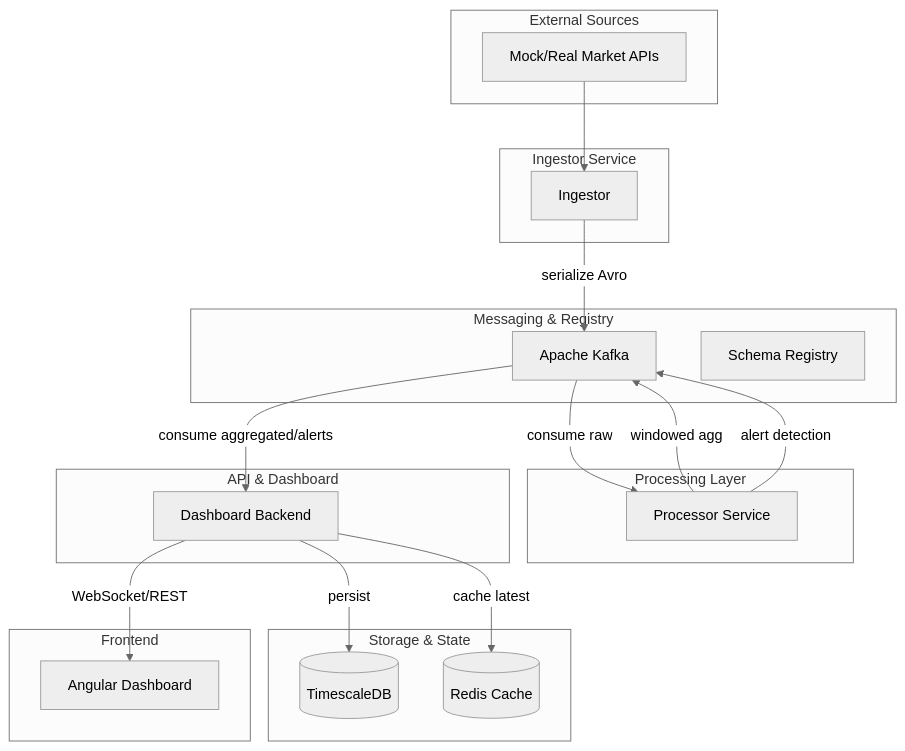
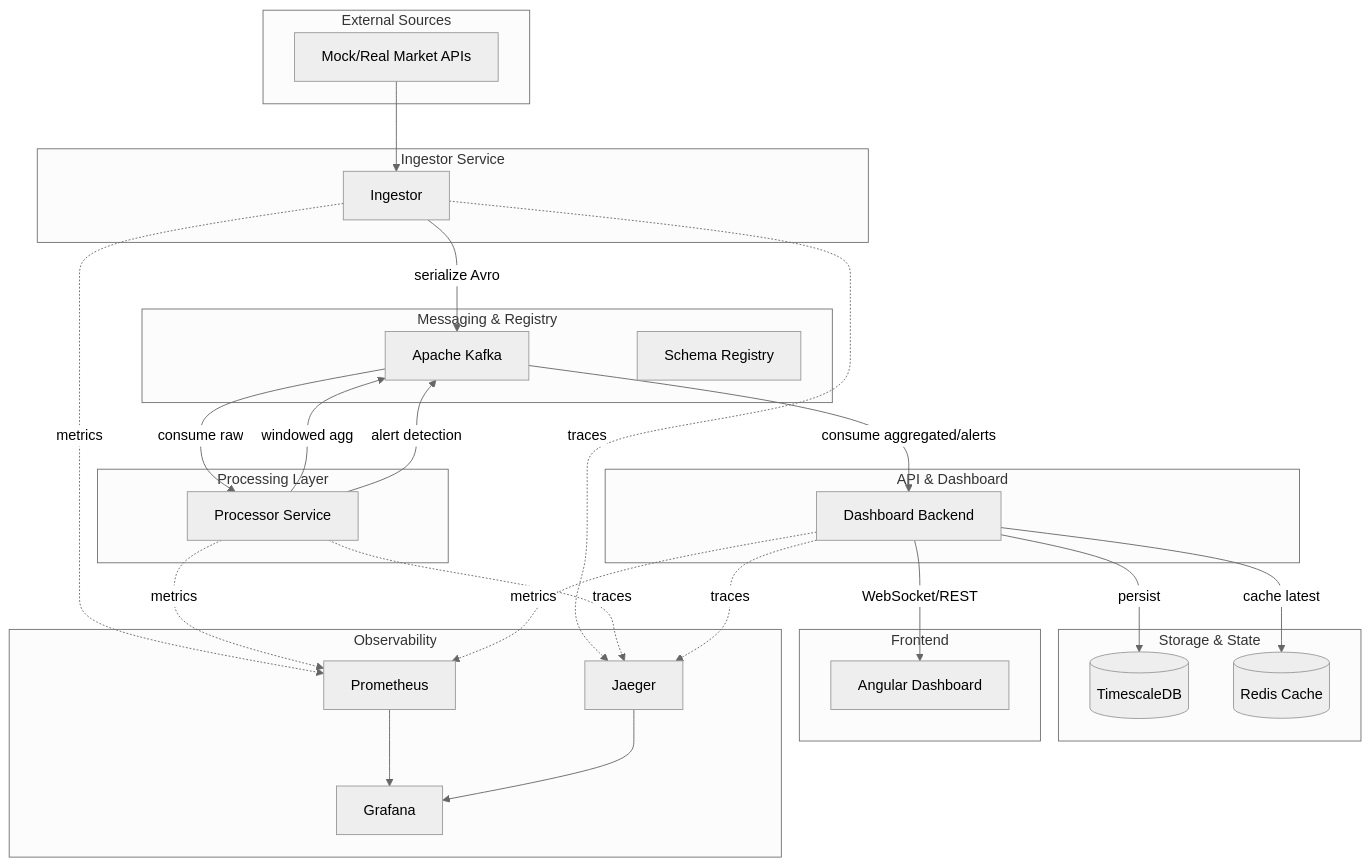
One commit to dawidbera/market-data-pipeline changed the first of 2 diagrams in README.md. Above: the diagram before and after it, drawn with Mermaid (neutral theme). The commit also changed other lines of this file and 6 other files, not shown here.

Commit message:
feat(observability): add metrics and tracing with updated architecture diagrams

````diff
--- a/README.md
+++ b/README.md
@@ -17,42 +17,53 @@
 ```mermaid
 graph TD
     subgraph "External Sources"
         APIs[Mock/Real Market APIs]
     end
 
     subgraph "Ingestor Service"
         IS[Ingestor]
     end
 
     subgraph "Messaging & Registry"
         K[Apache Kafka]
         SR[Schema Registry]
     end
 
     subgraph "Processing Layer"
         PS[Processor Service]
         PS -- windowed agg --> K
         PS -- alert detection --> K
     end
 
     subgraph "Storage & State"
         DB[(TimescaleDB)]
         R[(Redis Cache)]
     end
 
     subgraph "API & Dashboard"
         DS[Dashboard Backend]
     end
 
     subgraph "Frontend"
         FE[Angular Dashboard]
     end
 
+    subgraph "Observability"
+        PROM[Prometheus]
+        GRAF[Grafana]
+        JAEG[Jaeger]
+    end
+
     APIs --> IS
     IS -- serialize Avro --> K
     K -- consume raw --> PS
     K -- consume aggregated/alerts --> DS
     DS -- persist --> DB
     DS -- cache latest --> R
     DS -- WebSocket/REST --> FE
+
+    %% Observability flows
+    IS & PS & DS -. metrics .-> PROM
+    IS & PS & DS -. traces .-> JAEG
+    PROM & JAEG --> GRAF
 ```
````
